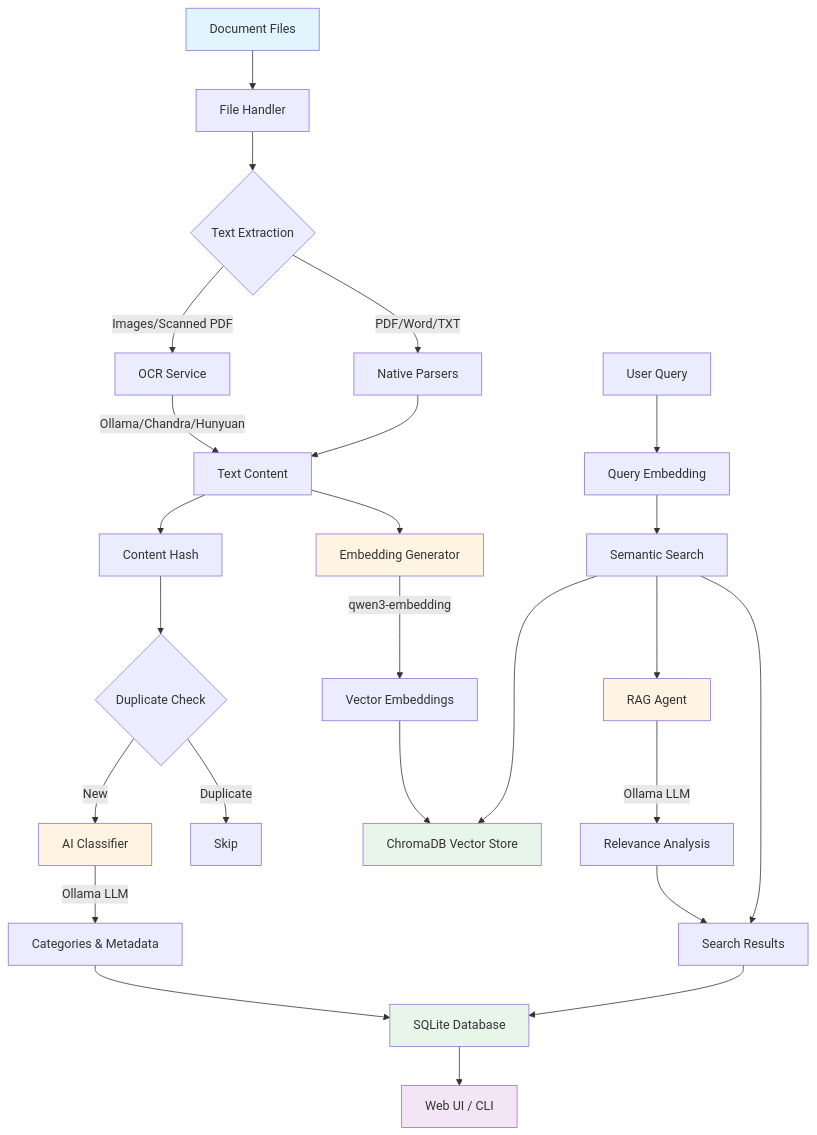
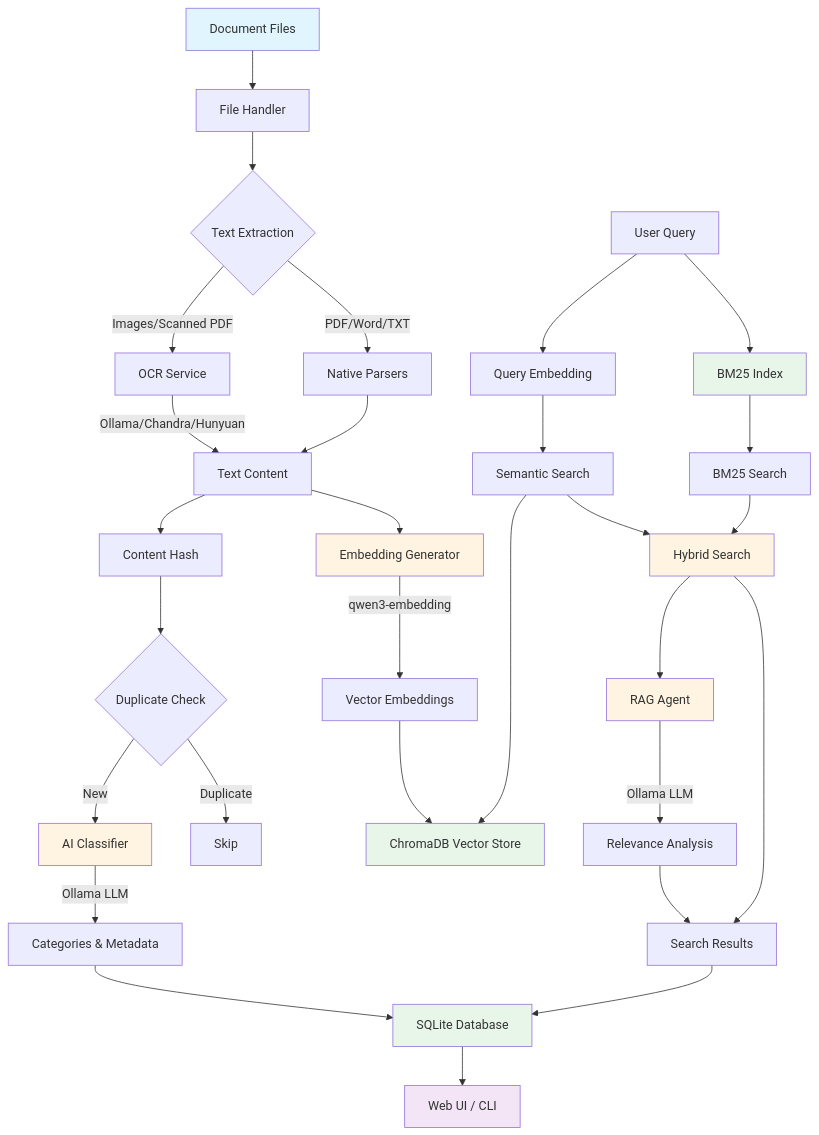
The diagram in README.md (darrenkoh/document-management-agents), drawn with Mermaid before and after one commit. The commit also changed other lines of this file and 8 other files, not shown here.

Commit message:
feat: Implement BM25 keyword search and hybrid search capabilities. Update README and configuration to reflect new search methods, enhance database interactions with BM25 index management, and integrate BM25 details into the frontend for improved document retrieval and user experience.

````diff
--- a/README.md
+++ b/README.md
@@ -37,39 +41,45 @@
 ```mermaid
 graph TB
     A[Document Files] --> B[File Handler]
     B --> C{Text Extraction}
     C -->|PDF/Word/TXT| D[Native Parsers]
     C -->|Images/Scanned PDF| E[OCR Service]
     E -->|Ollama/Chandra/Hunyuan| F[Text Content]
     D --> F
     
     F --> G[Content Hash]
     G --> H{Duplicate Check}
     H -->|New| I[AI Classifier]
     H -->|Duplicate| Z[Skip]
     
     I -->|Ollama LLM| J[Categories & Metadata]
     F --> K[Embedding Generator]
     K -->|qwen3-embedding| L[Vector Embeddings]
     
     J --> M[SQLite Database]
     L --> N[ChromaDB Vector Store]
     
     O[User Query] --> P[Query Embedding]
+    O --> V[BM25 Index]
     P --> Q[Semantic Search]
     Q --> N
-    Q --> R[RAG Agent]
+    V --> W[BM25 Search]
+    Q --> X[Hybrid Search]
+    W --> X
+    X --> R[RAG Agent]
     R -->|Ollama LLM| S[Relevance Analysis]
     S --> T[Search Results]
-    Q --> T
+    X --> T
     T --> M
     M --> U[Web UI / CLI]
     
     style A fill:#e1f5ff
     style I fill:#fff4e1
     style K fill:#fff4e1
     style R fill:#fff4e1
     style M fill:#e8f5e9
     style N fill:#e8f5e9
+    style V fill:#e8f5e9
+    style X fill:#fff4e1
     style U fill:#f3e5f5
 ```
````
